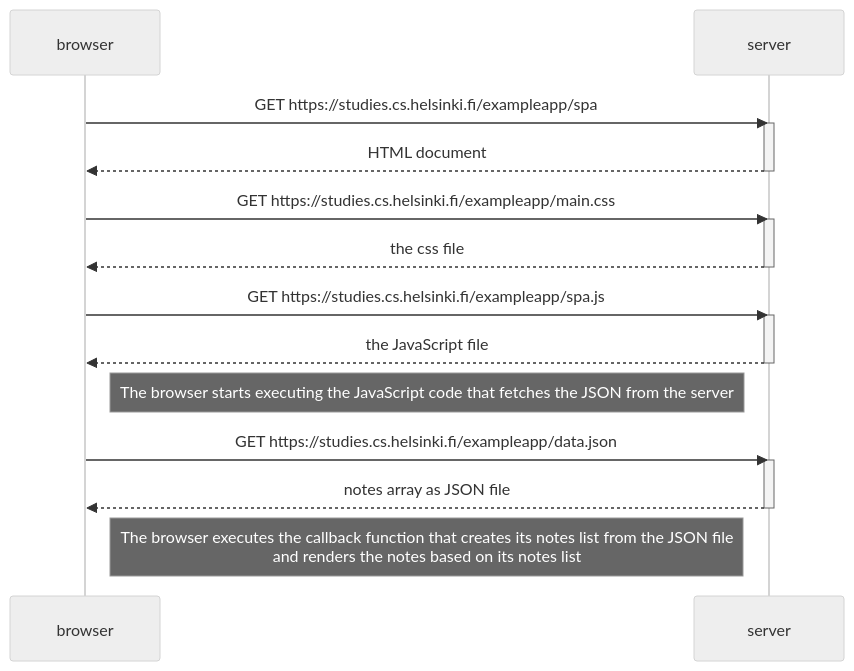
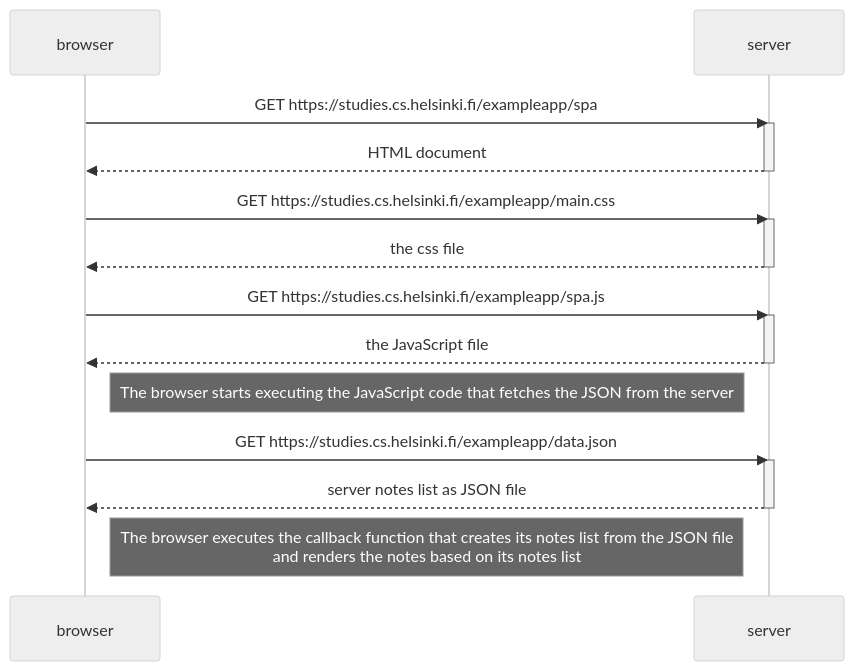
Before and after one commit to thomastoumasu/fullstack: the diagram in ex0_5.md, drawn with Mermaid (neutral theme).

````diff
--- a/ex0_5.md
+++ b/ex0_5.md
@@ -1,29 +1,29 @@
 ```mermaid
 sequenceDiagram
     participant browser
     participant server
 
     browser->>server: GET https://studies.cs.helsinki.fi/exampleapp/spa
     activate server
     server-->>browser: HTML document
     deactivate server
 
     browser->>server: GET https://studies.cs.helsinki.fi/exampleapp/main.css
     activate server
     server-->>browser: the css file
     deactivate server
 
     browser->>server: GET https://studies.cs.helsinki.fi/exampleapp/spa.js
     activate server
     server-->>browser: the JavaScript file
     deactivate server
 
     Note right of browser: The browser starts executing the JavaScript code that fetches the JSON from the server
 
     browser->>server: GET https://studies.cs.helsinki.fi/exampleapp/data.json
     activate server
-    server-->>browser: notes array as JSON file
+    server-->>browser: server notes list as JSON file
     deactivate server
 
     Note right of browser: The browser executes the callback function that creates its notes list from the JSON file <br/> and renders the notes based on its notes list
 ```
````
